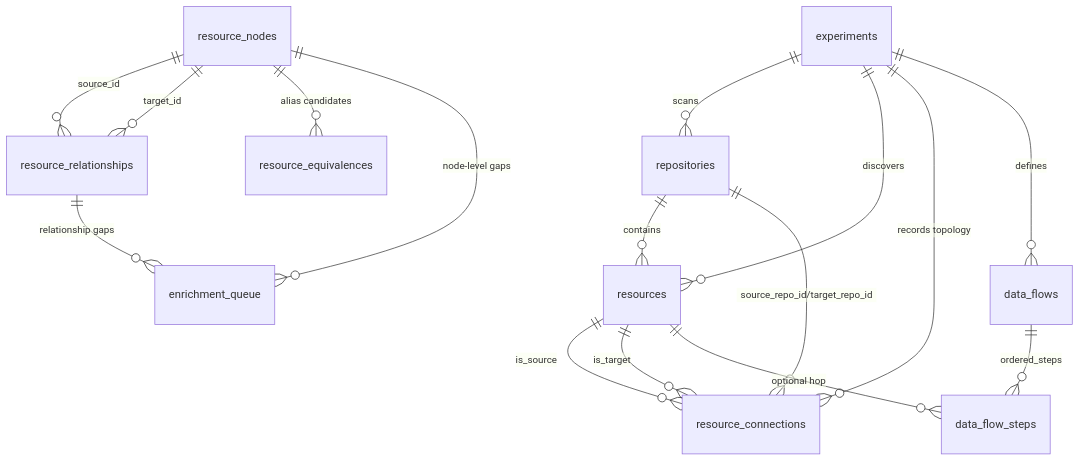
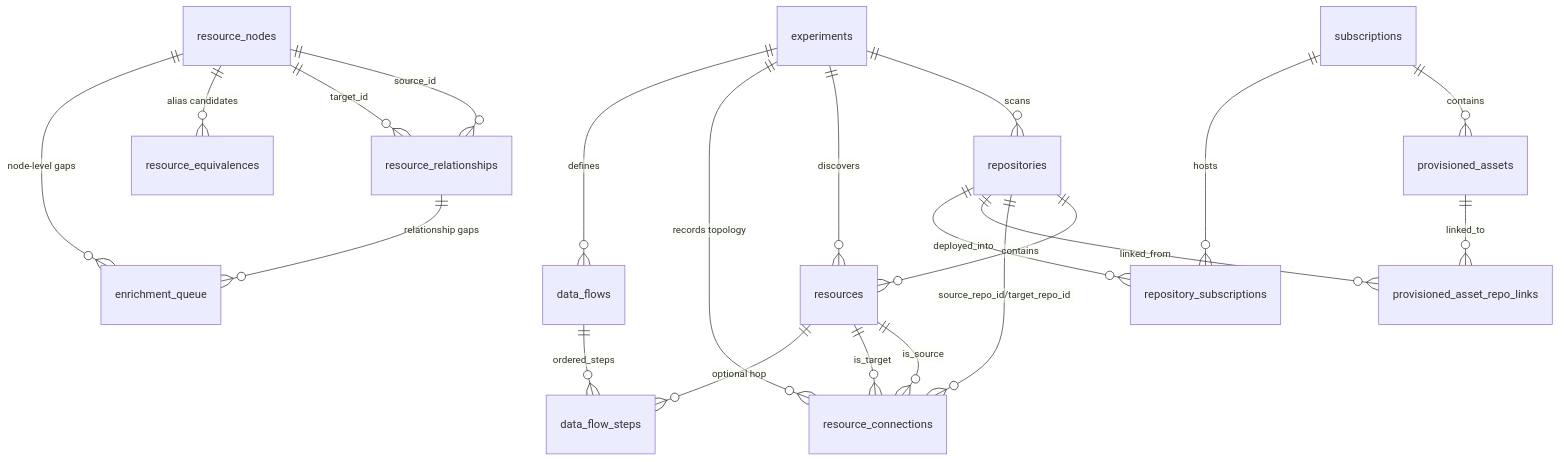
Before and after one commit to Reedboot/Triage-Saurus: the diagram in Docs/DatabaseSchema.md, drawn with Mermaid. The commit also changed other lines of this file and 44 other files, not shown here.

````diff
--- a/Docs/DatabaseSchema.md
+++ b/Docs/DatabaseSchema.md
@@ -26,21 +26,27 @@
 ```mermaid
 erDiagram
     experiments   ||--o{ repositories          : "scans"
     experiments   ||--o{ resources             : "discovers"
     experiments   ||--o{ resource_connections  : "records topology"
     experiments   ||--o{ data_flows            : "defines"
 
     repositories  ||--o{ resources             : "contains"
     repositories  ||--o{ resource_connections  : "source_repo_id/target_repo_id"
 
     resources     ||--o{ resource_connections  : "is_source"
     resources     ||--o{ resource_connections  : "is_target"
     data_flows    ||--o{ data_flow_steps       : "ordered_steps"
     resources     ||--o{ data_flow_steps       : "optional hop"
 
     resource_nodes         ||--o{ resource_relationships : "source_id"
     resource_nodes         ||--o{ resource_relationships : "target_id"
     resource_nodes         ||--o{ resource_equivalences  : "alias candidates"
     resource_nodes         ||--o{ enrichment_queue       : "node-level gaps"
     resource_relationships ||--o{ enrichment_queue       : "relationship gaps"
+
+    subscriptions          ||--o{ provisioned_assets          : "contains"
+    provisioned_assets     ||--o{ provisioned_asset_repo_links : "linked_to"
+    repositories           ||--o{ provisioned_asset_repo_links : "linked_from"
+    repositories           ||--o{ repository_subscriptions     : "deployed_into"
+    subscriptions          ||--o{ repository_subscriptions     : "hosts"
 ```
````
